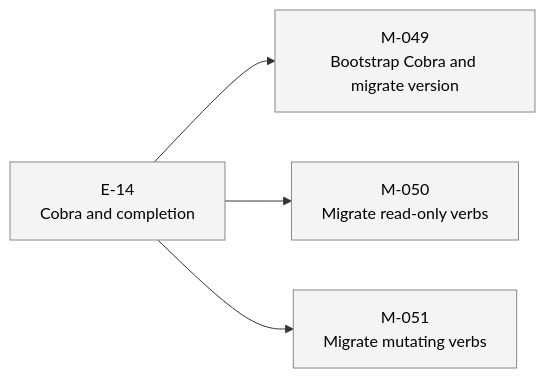
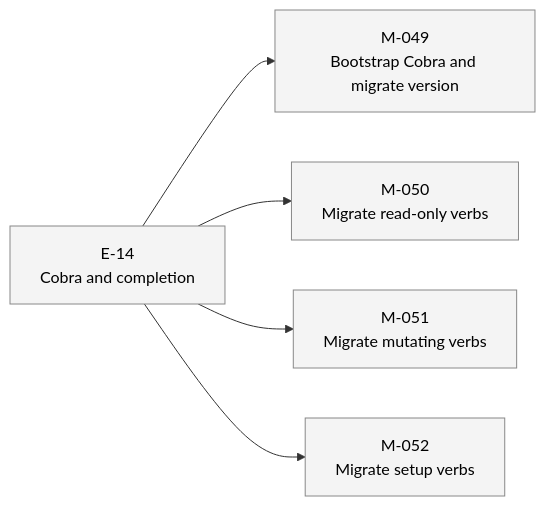
The second of 2 diagrams in STATUS.md (23min/aiwf), drawn with Mermaid before and after one commit. The commit also changed other lines of this file and 1 other file, not shown here.

First line of the commit message:
aiwf add milestone M-052 "Migrate setup verbs"

````diff
--- a/STATUS.md
+++ b/STATUS.md
@@ -34,16 +35,18 @@
 ```mermaid
 flowchart LR
   E_14["E-14<br/>Cobra and completion"]:::epic_proposed
   M_049["M-049<br/>Bootstrap Cobra and migrate version"]:::ms_draft
   E_14 --> M_049
   M_050["M-050<br/>Migrate read-only verbs"]:::ms_draft
   E_14 --> M_050
   M_051["M-051<br/>Migrate mutating verbs"]:::ms_draft
   E_14 --> M_051
+  M_052["M-052<br/>Migrate setup verbs"]:::ms_draft
+  E_14 --> M_052
   classDef epic_active fill:#d6eaff,stroke:#1a73e8,color:#000
   classDef epic_proposed fill:#f4f4f4,stroke:#888,color:#000
   classDef ms_done fill:#d8f5d8,stroke:#2a8a2a,color:#000
   classDef ms_in_progress fill:#fff3c4,stroke:#caa400,color:#000
   classDef ms_draft fill:#f4f4f4,stroke:#888,color:#000
   classDef ms_cancelled fill:#fbeaea,stroke:#c33,color:#000
 ```
````
